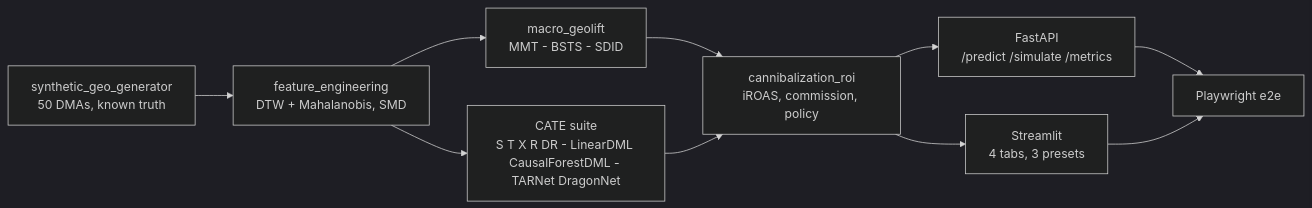
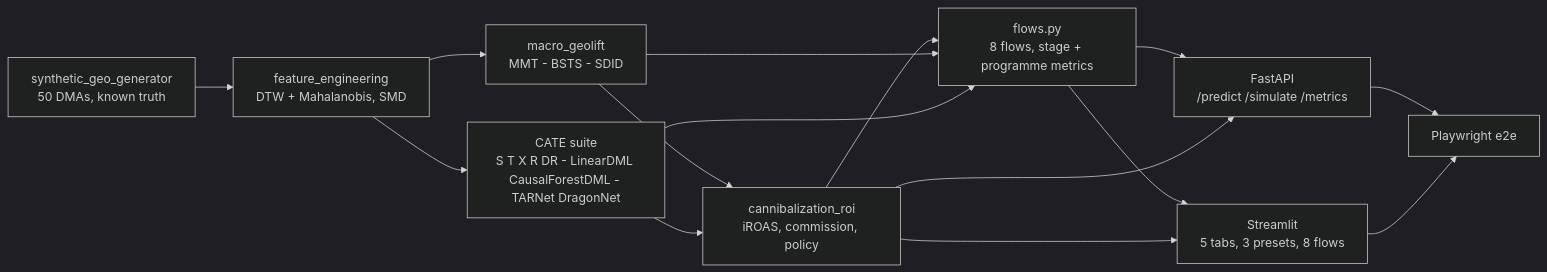
One commit to ramakrishnakandipati/causal_inference changed the diagram in Paid-Search-Cannibalization_ vs_Incrementality_Geo-Lift_ Matched-Market-Testing/README.md. Above: the diagram before and after it, drawn with Mermaid (dark theme). The commit also changed other lines of this file and 31 other files, not shown here.

First line of the commit message:
Add end-to-end flows tab: 8 flows with stage, flow and programme metrics

````diff
--- a/Paid-Search-Cannibalization_ vs_Incrementality_Geo-Lift_ Matched-Market-Testing/README.md
+++ b/Paid-Search-Cannibalization_ vs_Incrementality_Geo-Lift_ Matched-Market-Testing/README.md
@@ -38,12 +38,17 @@
 ```mermaid
 flowchart LR
   G[synthetic_geo_generator<br/>50 DMAs, known truth] --> F[feature_engineering<br/>DTW + Mahalanobis, SMD]
   F --> MG[macro_geolift<br/>MMT - BSTS - SDID]
   F --> CT[CATE suite<br/>S T X R DR - LinearDML CausalForestDML - TARNet DragonNet]
   MG --> E[cannibalization_roi<br/>iROAS, commission, policy]
   CT --> E
+  E --> FL[flows.py<br/>8 flows, stage + programme metrics]
+  MG --> FL
+  CT --> FL
+  FL --> UI
+  FL --> API
   E --> API[FastAPI<br/>/predict /simulate /metrics]
-  E --> UI[Streamlit<br/>4 tabs, 3 presets]
+  E --> UI[Streamlit<br/>5 tabs, 3 presets, 8 flows]
   API --> PW[Playwright e2e]
   UI --> PW
 ```
````
